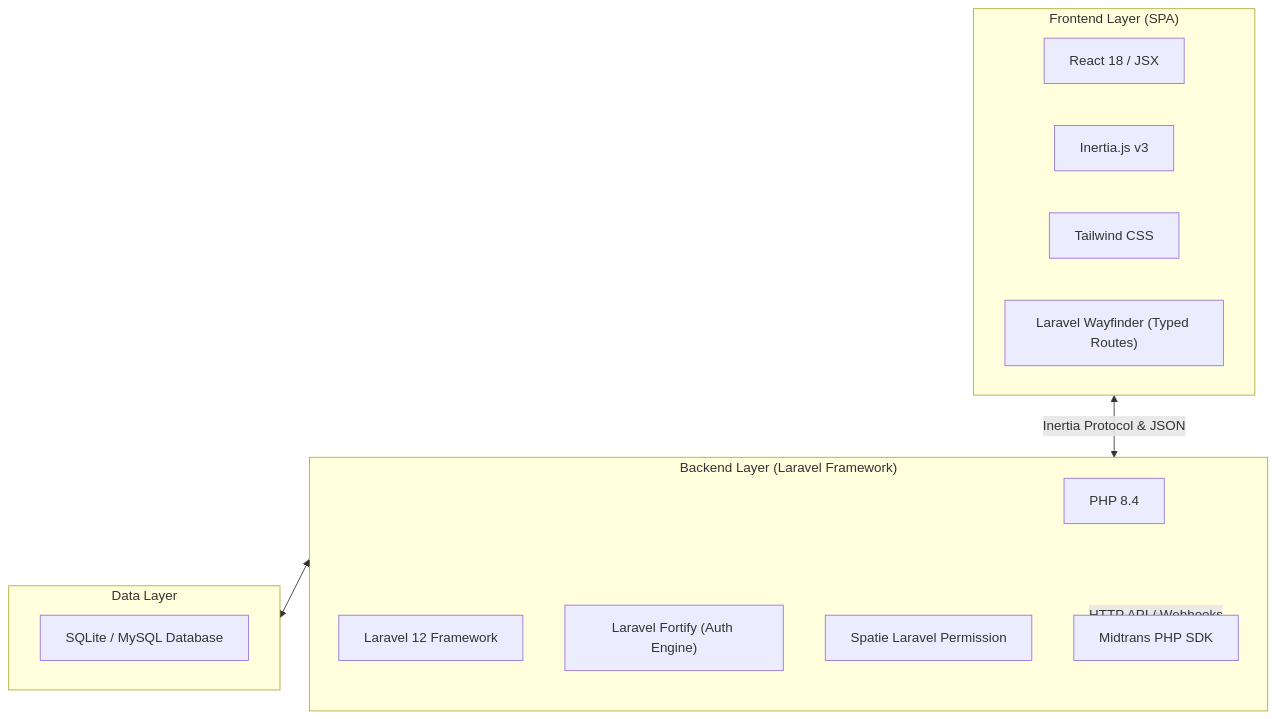
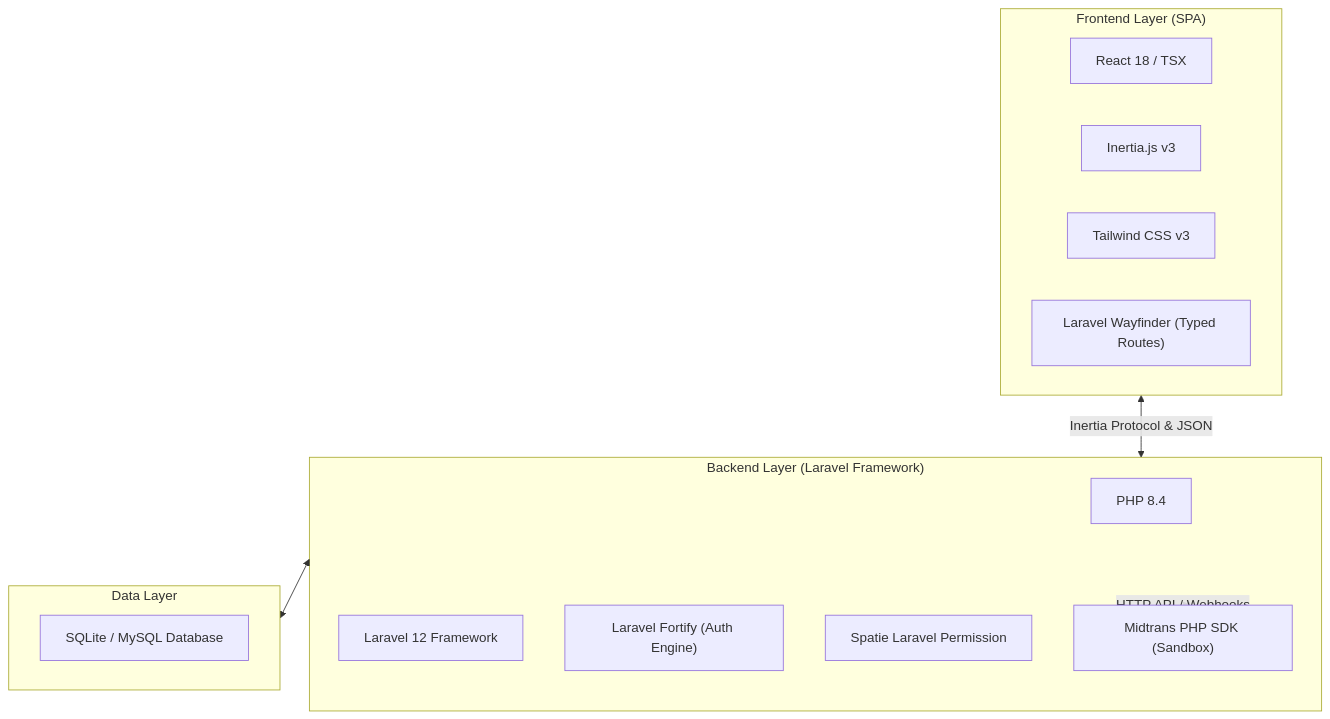
The diagram in docs/12-technical-guidelines.md (Hnzsama/smart_canteen), drawn with Mermaid before and after one commit. The commit also changed other lines of this file and 4 other files, not shown here.

````diff
--- a/docs/12-technical-guidelines.md
+++ b/docs/12-technical-guidelines.md
@@ -9,25 +9,25 @@
 ```mermaid
 flowchart TD
     subgraph Frontend["Frontend Layer (SPA)"]
-        React["React 18 / JSX"]
+        React["React 18 / TSX"]
         Inertia["Inertia.js v3"]
-        Tailwind["Tailwind CSS"]
+        Tailwind["Tailwind CSS v3"]
         Wayfinder["Laravel Wayfinder (Typed Routes)"]
     end
 
     subgraph Backend["Backend Layer (Laravel Framework)"]
         PHP["PHP 8.4"]
         Laravel["Laravel 12 Framework"]
         Fortify["Laravel Fortify (Auth Engine)"]
         Spatie["Spatie Laravel Permission"]
-        Midtrans["Midtrans PHP SDK"]
+        Midtrans["Midtrans PHP SDK (Sandbox)"]
     end
 
     subgraph Database["Data Layer"]
         MySQL["SQLite / MySQL Database"]
     end
 
     Frontend <-->|"Inertia Protocol & JSON"| Backend
     Backend <--> Database
     Backend <-->|"HTTP API / Webhooks"| Midtrans
 ```
````
